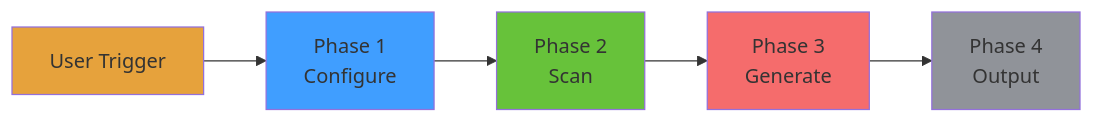
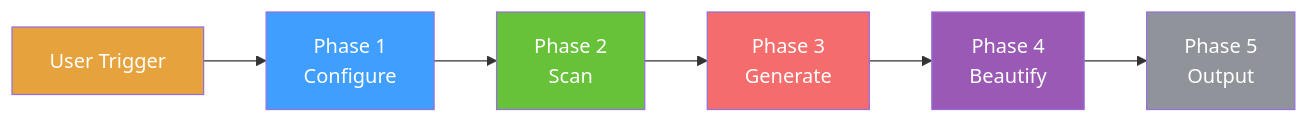
The first of 7 diagrams in README.md (KieranGao/general-readme-skill), drawn with Mermaid before and after one commit. The commit also changed other lines of this file and 5 other files, not shown here.

````diff
--- a/README.md
+++ b/README.md
@@ -38,12 +38,14 @@
 ```mermaid
 graph LR
     A[User Trigger] --> B[Phase 1<br/>Configure]
     B --> C[Phase 2<br/>Scan]
     C --> D[Phase 3<br/>Generate]
-    D --> E[Phase 4<br/>Output]
-    style A fill:#E6A23C
-    style B fill:#409EFF
-    style C fill:#67C23A
-    style D fill:#F56C6C
-    style E fill:#909399
+    D --> E[Phase 4<br/>Beautify]
+    E --> F[Phase 5<br/>Output]
+    style A fill:#E6A23C,color:#fff
+    style B fill:#409EFF,color:#fff
+    style C fill:#67C23A,color:#fff
+    style D fill:#F56C6C,color:#fff
+    style E fill:#9B59B6,color:#fff
+    style F fill:#909399,color:#fff
 ```
````
